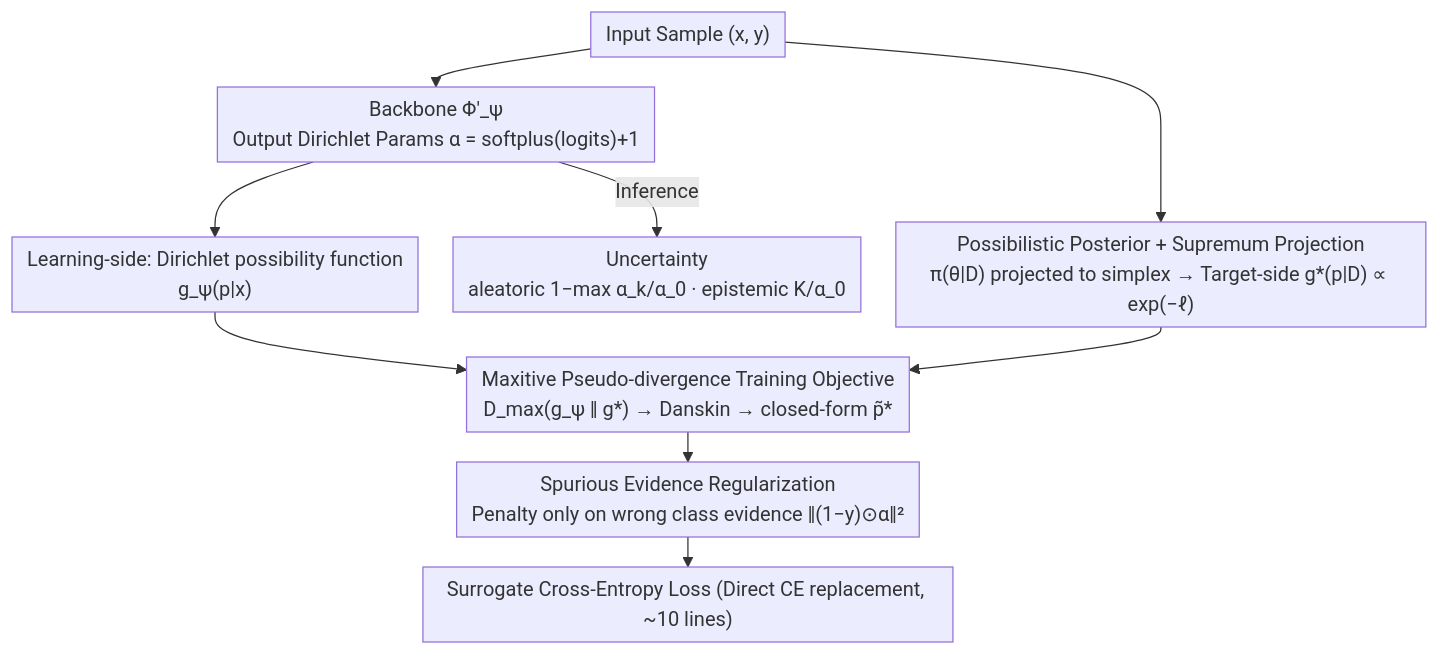
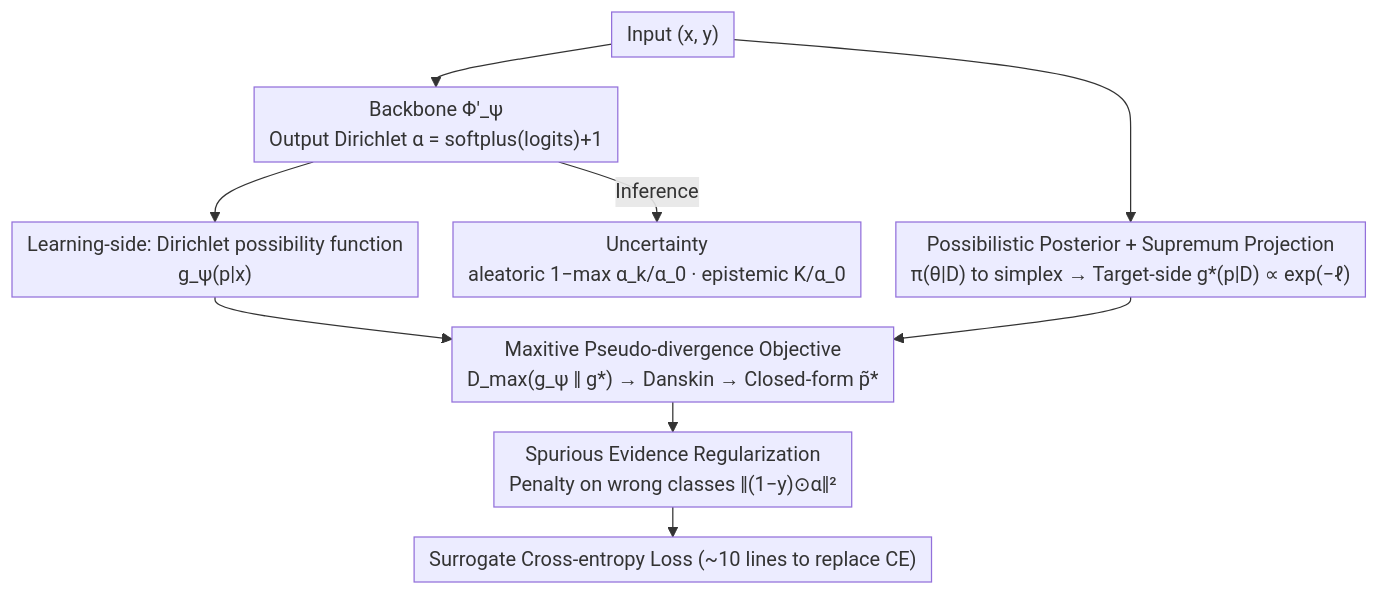
The diagram in docs/ICML2026/others/possibilistic_predictive_uncertainty_for_deep_learning.md (zhaoyang97/Paper-Notes-en), drawn with Mermaid before and after one commit. The commit also changed other lines of this file and 5084 other files, not shown here.

````diff
--- a/docs/ICML2026/others/possibilistic_predictive_uncertainty_for_deep_learning.md
+++ b/docs/ICML2026/others/possibilistic_predictive_uncertainty_for_deep_learning.md
@@ -44,12 +44,12 @@
 ```mermaid
 %%{init: {'flowchart': {'rankSpacing': 24, 'nodeSpacing': 28, 'padding': 6, 'wrappingWidth': 400}}}%%
 flowchart TD
-    A["Input Sample (x, y)"] --> B["Backbone Φ'_ψ<br/>Output Dirichlet Params α = softplus(logits)+1"]
+    A["Input (x, y)"] --> B["Backbone Φ'_ψ <br/>Output Dirichlet α = softplus(logits)+1"]
     B --> C["Learning-side: Dirichlet possibility function<br/>g_ψ(p|x)"]
-    A --> D["Possibilistic Posterior + Supremum Projection<br/>π(θ|D) projected to simplex → Target-side g*(p|D) ∝ exp(−ℓ)"]
-    C --> E["Maxitive Pseudo-divergence Training Objective<br/>D_max(g_ψ ‖ g*) → Danskin → closed-form p̃*"]
+    A --> D["Possibilistic Posterior + Supremum Projection<br/>π(θ|D) to simplex → Target-side g*(p|D) ∝ exp(−ℓ)"]
+    C --> E["Maxitive Pseudo-divergence Objective<br/>D_max(g_ψ ‖ g*) → Danskin → Closed-form p̃*"]
     D --> E
-    E --> F["Spurious Evidence Regularization<br/>Penalty only on wrong class evidence ‖(1−y)⊙α‖²"]
-    F --> G["Surrogate Cross-Entropy Loss (Direct CE replacement, ~10 lines)"]
+    E --> F["Spurious Evidence Regularization<br/>Penalty on wrong classes ‖(1−y)⊙α‖²"]
+    F --> G["Surrogate Cross-entropy Loss (~10 lines to replace CE)"]
     B -->|Inference| H["Uncertainty<br/>aleatoric 1−max α_k/α_0 · epistemic K/α_0"]
 ```
````
